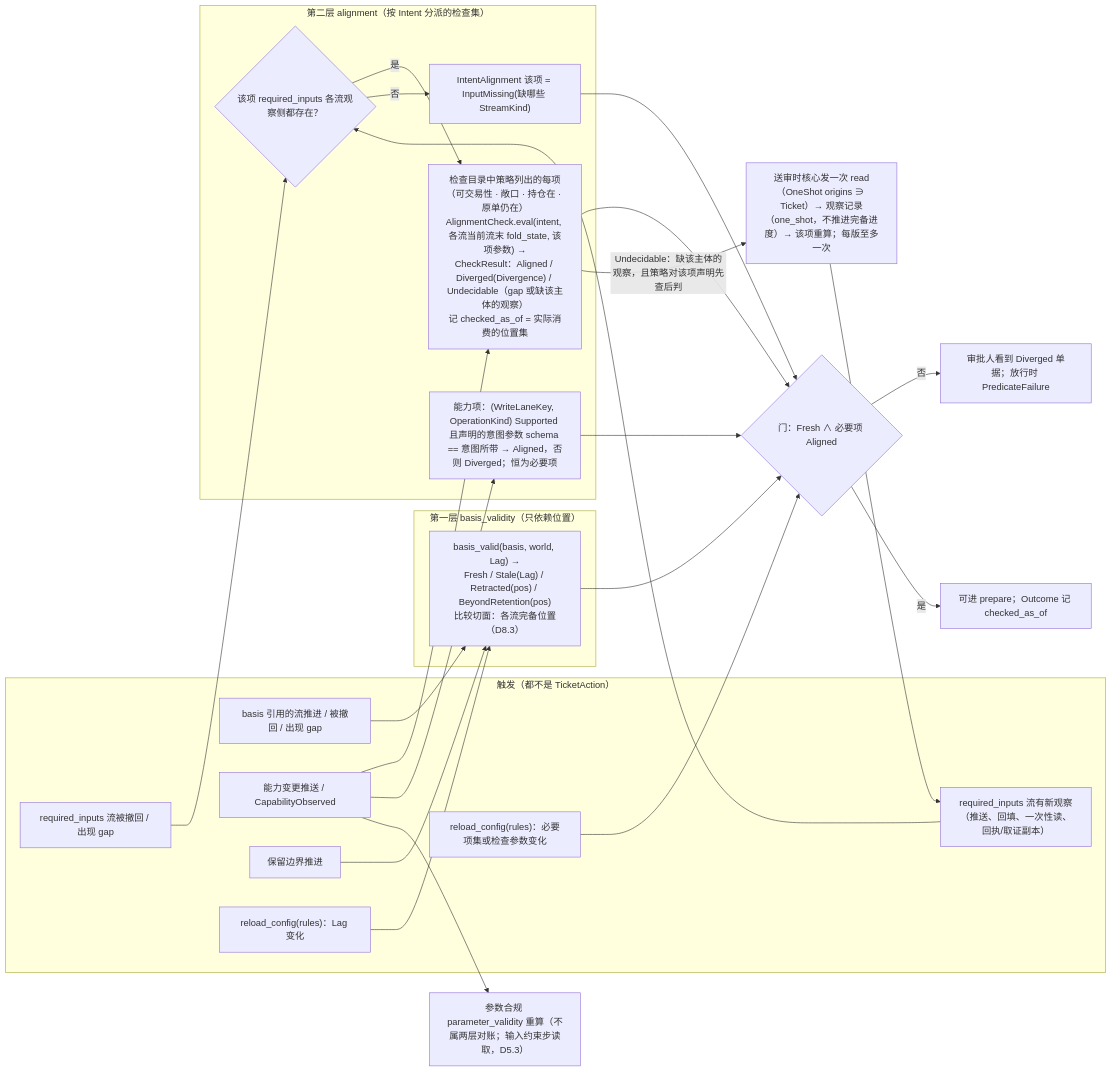
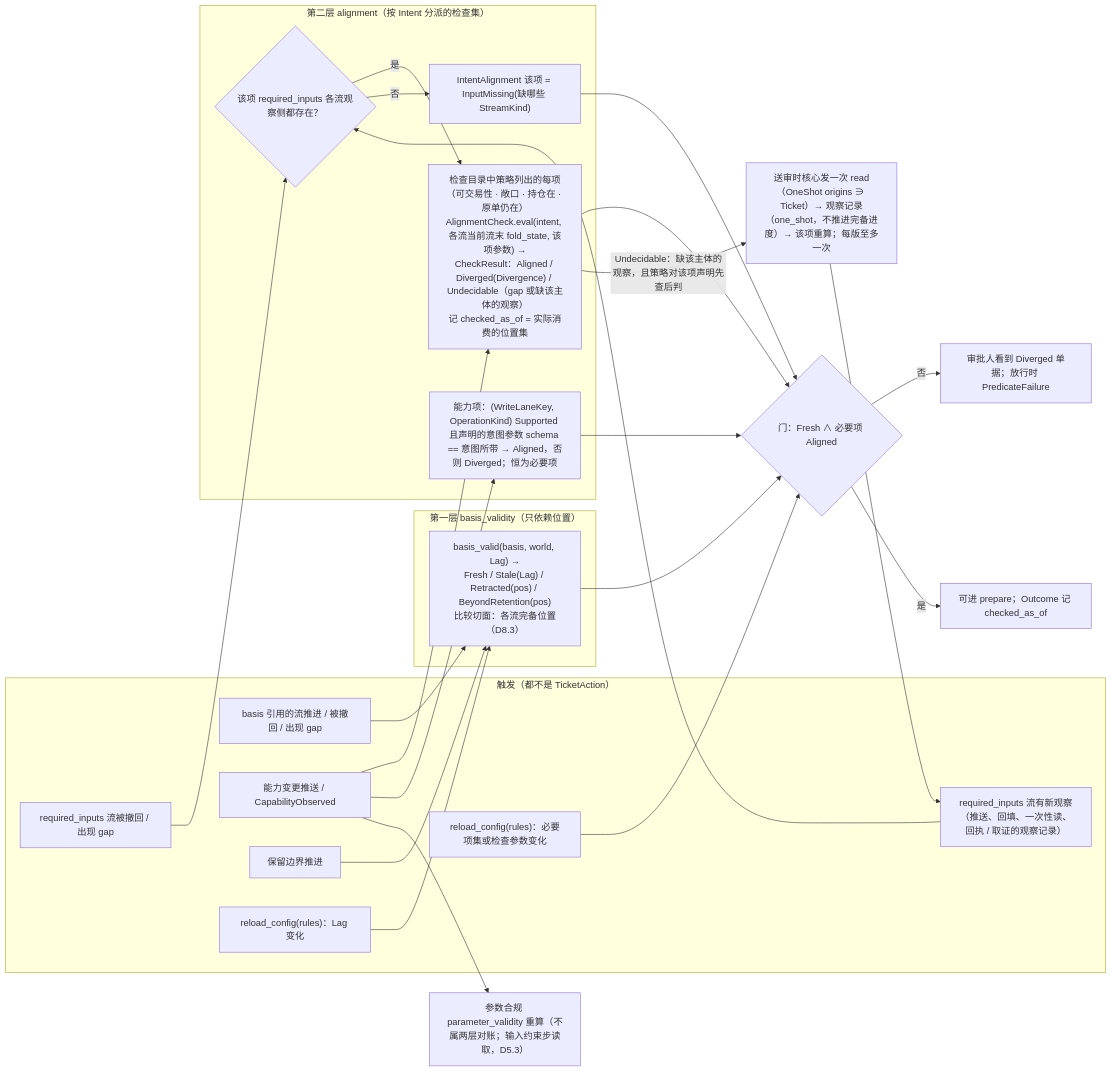
One commit to mouriya-s-lab/uta changed the fifth of 6 diagrams in design/diagrams/05-ticket-and-sts.md. Above: the diagram before and after it, drawn with Mermaid. The commit also changed other lines of this file and 19 other files, not shown here.

Commit message:
design: integrate contract clusters — one-to-many receipt/reconciliation records with per-record attribution, read_model signatures per kind, unified not-called read outcomes, observation-record wording across diagrams, reference and glossary alignment

````diff
--- a/design/diagrams/05-ticket-and-sts.md
+++ b/design/diagrams/05-ticket-and-sts.md
@@ -161,40 +161,40 @@
 ```mermaid
 flowchart LR
   subgraph TRIG["触发（都不是 TicketAction）"]
     T1["basis 引用的流推进 / 被撤回 / 出现 gap"]
     T1b["required_inputs 流被撤回 / 出现 gap"]
-    T2["required_inputs 流有新观察（推送、回填、一次性读、回执/取证副本）"]
+    T2["required_inputs 流有新观察（推送、回填、一次性读、回执 / 取证的观察记录）"]
     T3["能力变更推送 / CapabilityObserved"]
     T4["保留边界推进"]
     T5a["reload_config(rules)：Lag 变化"]
     T5b["reload_config(rules)：必要项集或检查参数变化"]
   end
   subgraph L1["第一层 basis_validity（只依赖位置）"]
     V["basis_valid(basis, world, Lag) →<br/>Fresh / Stale(Lag) / Retracted(pos) / BeyondRetention(pos)<br/>比较切面：各流完备位置（D8.3）"]
   end
   subgraph L2["第二层 alignment（按 Intent 分派的检查集）"]
     IM{"该项 required_inputs 各流观察侧都存在？"}
     CK["检查目录中策略列出的每项（可交易性 · 敞口 · 持仓在 · 原单仍在）<br/>AlignmentCheck.eval(intent, 各流当前流末 fold_state, 该项参数) →<br/>CheckResult：Aligned / Diverged(Divergence) / Undecidable（gap 或缺该主体的观察）<br/>记 checked_as_of = 实际消费的位置集"]
     MISS["IntentAlignment 该项 = InputMissing(缺哪些 StreamKind)"]
     CAP["能力项：(WriteLaneKey, OperationKind) Supported 且声明的意图参数 schema == 意图所带 → Aligned，否则 Diverged；恒为必要项"]
   end
   T1 --> V
   T4 --> V
   T5a --> V
   T1b --> IM
   T2 --> IM
   IM -->|"是"| CK
   IM -->|"否"| MISS
   T3 --> CK
   T3 --> CAP
   T3 --> PV["参数合规 parameter_validity 重算（不属两层对账；输入约束步读取，D5.3）"]
   T5b --> GATE
   V --> GATE{"门：Fresh ∧ 必要项 Aligned"}
   CK --> GATE
   MISS --> GATE
   CAP --> GATE
   CK -->|"Undecidable：缺该主体的观察，且策略对该项声明先查后判"| RD["送审时核心发一次 read（OneShot origins ∋ Ticket）→ 观察记录（one_shot，不推进完备进度）→ 该项重算；每版至多一次"]
   RD --> T2
   GATE -->|"否"| DIV["审批人看到 Diverged 单据；放行时 PredicateFailure"]
   GATE -->|"是"| OK["可进 prepare；Outcome 记 checked_as_of"]
 ```
````
